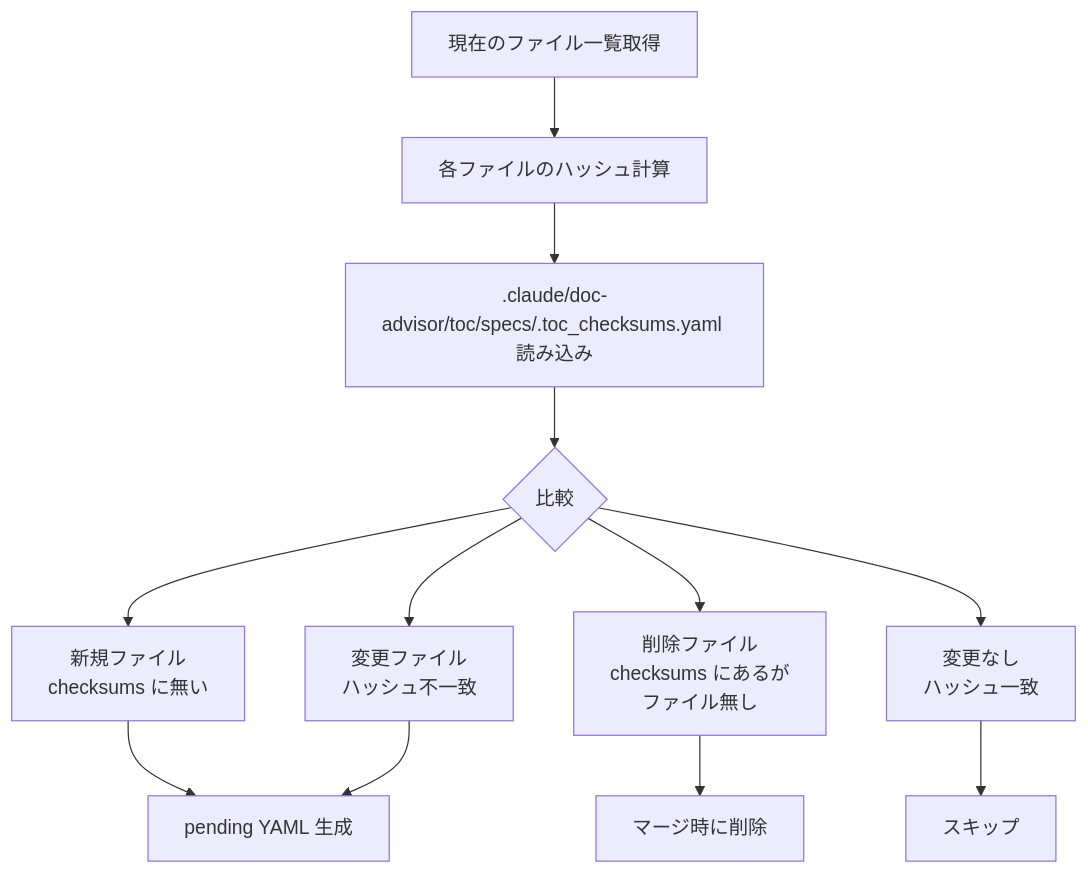
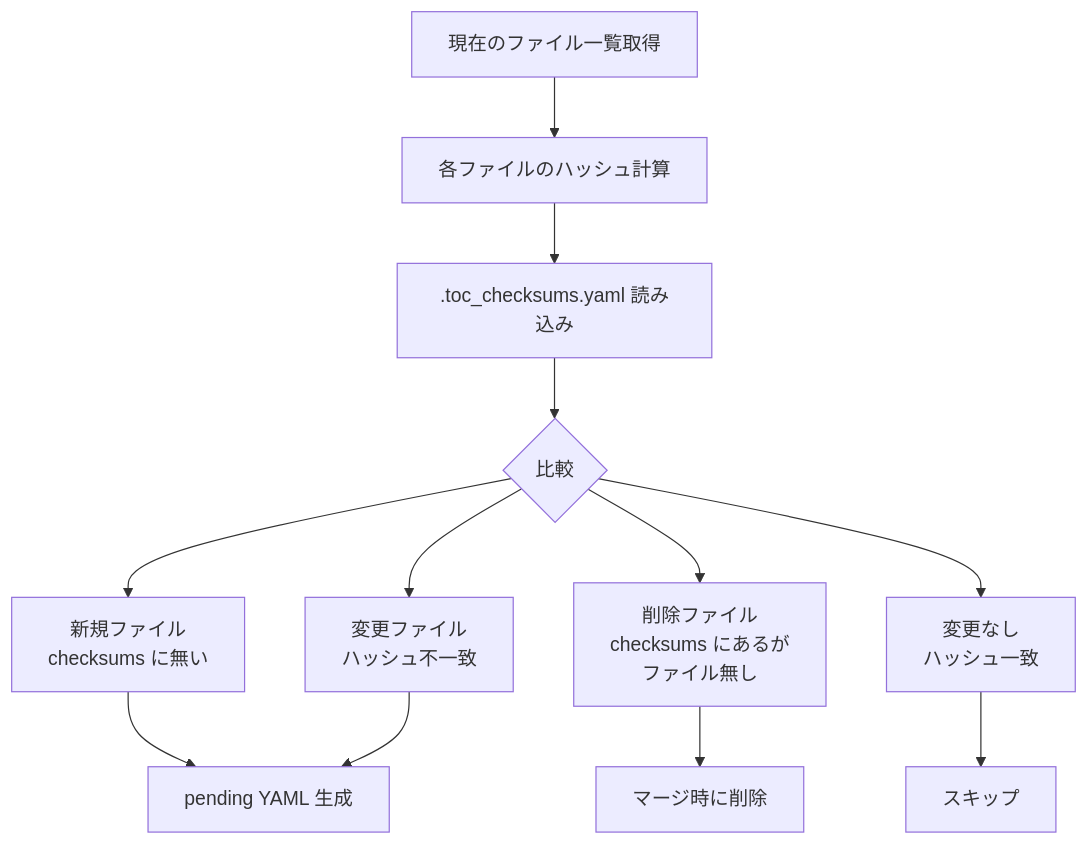
The sixth of 10 diagrams in specs/design/DES-005_toc_generation_flow.md (BlueEventHorizon/DocAdvisor-CC), drawn with Mermaid before and after one commit. The commit also changed other lines of this file and 20 other files, not shown here.

````diff
--- a/specs/design/DES-005_toc_generation_flow.md
+++ b/specs/design/DES-005_toc_generation_flow.md
@@ -105,16 +195,16 @@
 ```mermaid
 flowchart TD
     A[現在のファイル一覧取得] --> B[各ファイルのハッシュ計算]
-    B --> C[.claude/doc-advisor/toc/specs/.toc_checksums.yaml 読み込み]
+    B --> C[".toc_checksums.yaml 読み込み"]
     C --> D{比較}
 
     D --> E[新規ファイル<br>checksums に無い]
     D --> F[変更ファイル<br>ハッシュ不一致]
     D --> G[削除ファイル<br>checksums にあるが<br>ファイル無し]
     D --> H[変更なし<br>ハッシュ一致]
 
     E --> I[pending YAML 生成]
     F --> I
     G --> J[マージ時に削除]
     H --> K[スキップ]
 ```
````
